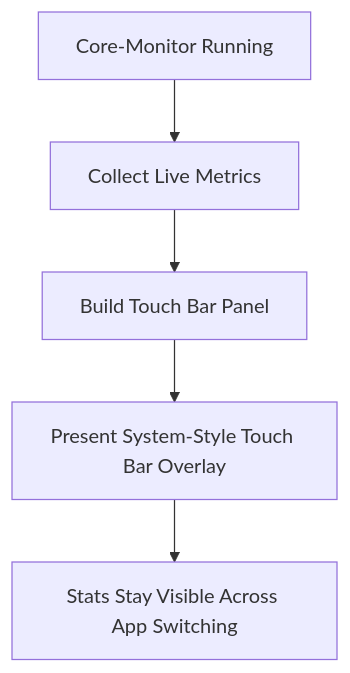
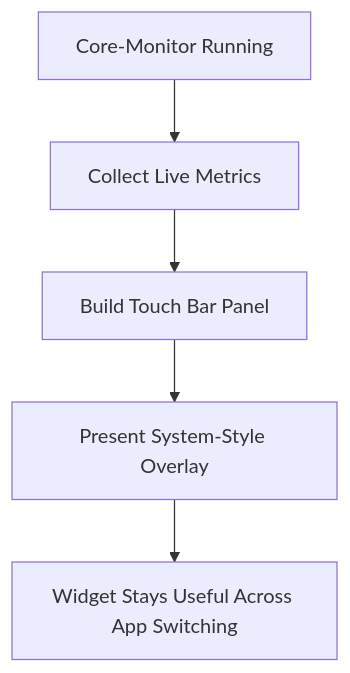
The second of 3 diagrams in README.md (offyotto/Core-Monitor), drawn with Mermaid before and after one commit. The commit also changed other lines of this file, not shown here.

````diff
--- a/README.md
+++ b/README.md
@@ -210,7 +205,7 @@
 ```mermaid
 flowchart TD
     A["Core-Monitor Running"] --> B["Collect Live Metrics"]
     B --> C["Build Touch Bar Panel"]
-    C --> D["Present System-Style Touch Bar Overlay"]
-    D --> E["Stats Stay Visible Across App Switching"]
+    C --> D["Present System-Style Overlay"]
+    D --> E["Widget Stays Useful Across App Switching"]
 ```
````
